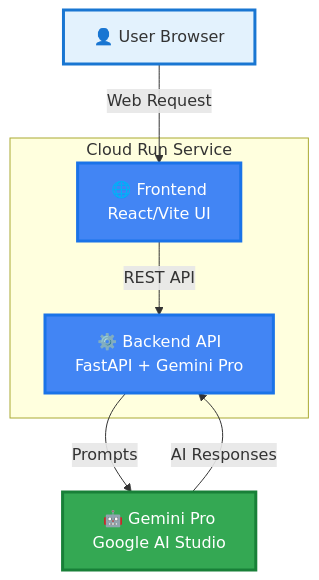
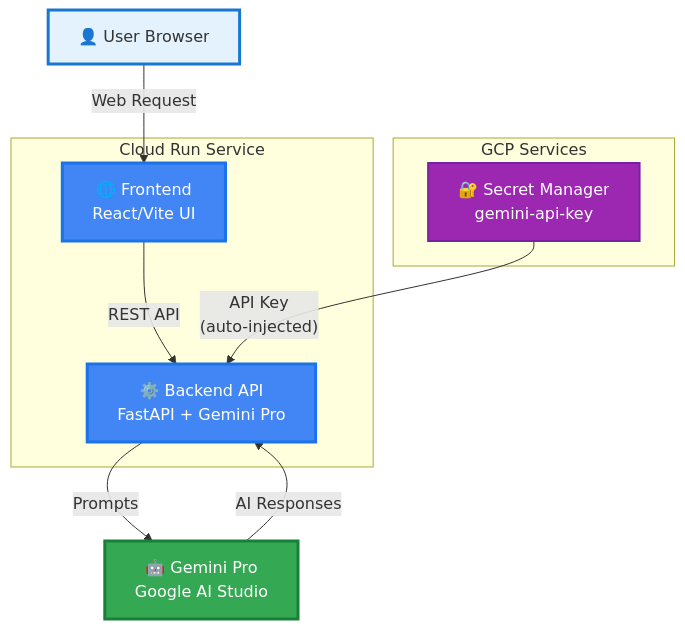
The diagram in docs/architecture-diagram-minimal.mmd (prabhakaran-jm/zero-trust-explainer), drawn with Mermaid before and after one commit. The commit also changed 24 other files, not shown here.

```diff
--- a/docs/architecture-diagram-minimal.mmd
+++ b/docs/architecture-diagram-minimal.mmd
@@ -1,24 +1,31 @@
 graph TB
     User[👤 User Browser]
     
     subgraph "Cloud Run Service"
         Frontend[🌐 Frontend<br/>React/Vite UI]
         Backend[⚙️ Backend API<br/>FastAPI + Gemini Pro]
     end
     
+    subgraph "GCP Services"
+        Secrets[🔐 Secret Manager<br/>gemini-api-key]
+    end
+    
     Gemini[🤖 Gemini Pro<br/>Google AI Studio]
     
     %% Main flow
     User -->|"Web Request"| Frontend
     Frontend -->|REST API| Backend
+    Secrets -->|"API Key<br/>(auto-injected)"| Backend
     Backend -->|"Prompts"| Gemini
     Gemini -->|AI Responses| Backend
     
     %% Styling - Google Cloud colors
     classDef userStyle fill:#E3F2FD,stroke:#1976D2,stroke-width:3px
     classDef cloudRunStyle fill:#4285F4,stroke:#1A73E8,stroke-width:3px,color:#fff
+    classDef secretStyle fill:#9C27B0,stroke:#7B1FA2,stroke-width:2px,color:#fff
     classDef aiStyle fill:#34A853,stroke:#188038,stroke-width:3px,color:#fff
     
     class User userStyle
     class Frontend,Backend cloudRunStyle
+    class Secrets secretStyle
     class Gemini aiStyle
```
